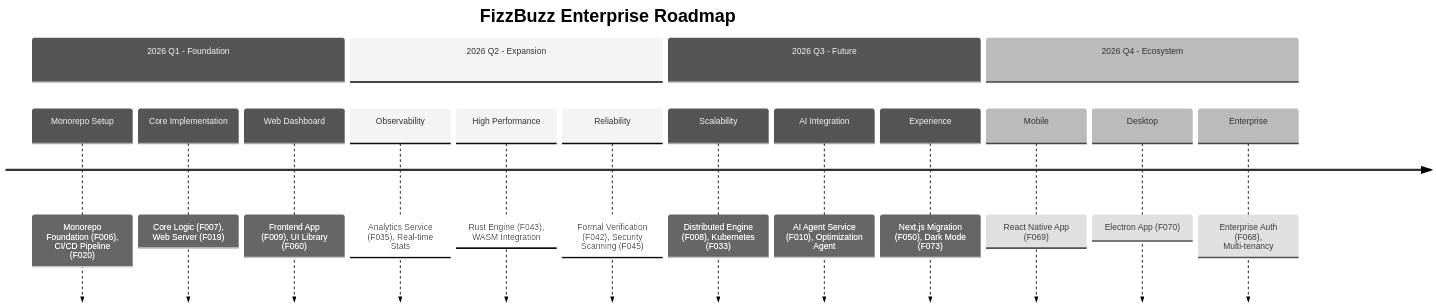
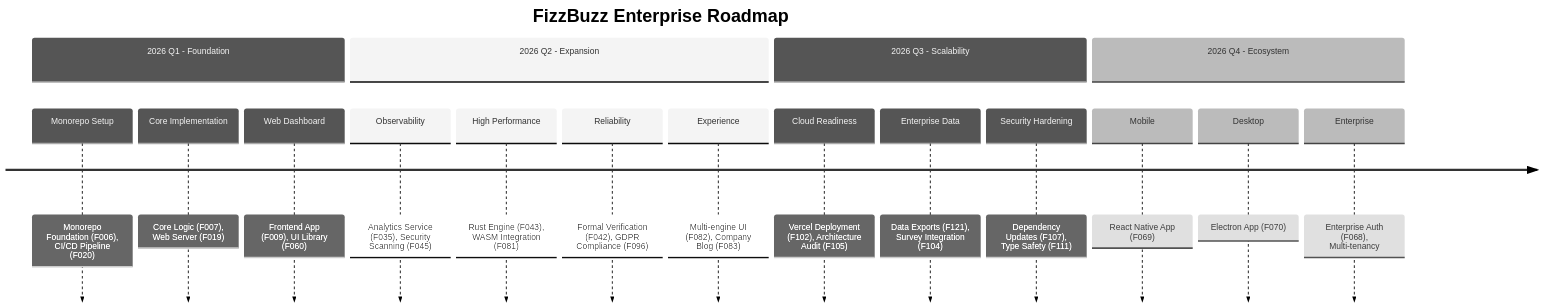
Before and after one commit to CamJohnson26/agent-first-fizzbuzz-scalable: the first of 2 diagrams in README.md, drawn with Mermaid (neutral theme). The commit also changed other lines of this file and 4 other files, not shown here.

Commit message:
docs: update project roadmap, system diagram, and add tech stack details

````diff
--- a/README.md
+++ b/README.md
@@ -30,20 +30,21 @@
 ```mermaid
 timeline
     title FizzBuzz Enterprise Roadmap
     section 2026 Q1 - Foundation
         Monorepo Setup : Monorepo Foundation (F006), CI/CD Pipeline (F020)
         Core Implementation : Core Logic (F007), Web Server (F019)
         Web Dashboard : Frontend App (F009), UI Library (F060)
     section 2026 Q2 - Expansion
-        Observability : Analytics Service (F035), Real-time Stats
-        High Performance : Rust Engine (F043), WASM Integration
-        Reliability : Formal Verification (F042), Security Scanning (F045)
-    section 2026 Q3 - Future
-        Scalability : Distributed Engine (F008), Kubernetes (F033)
-        AI Integration : AI Agent Service (F010), Optimization Agent
-        Experience : Next.js Migration (F050), Dark Mode (F073)
+        Observability : Analytics Service (F035), Security Scanning (F045)
+        High Performance : Rust Engine (F043), WASM Integration (F081)
+        Reliability : Formal Verification (F042), GDPR Compliance (F096)
+        Experience : Multi-engine UI (F082), Company Blog (F083)
+    section 2026 Q3 - Scalability
+        Cloud Readiness : Vercel Deployment (F102), Architecture Audit (F105)
+        Enterprise Data : Data Exports (F121), Survey Integration (F104)
+        Security Hardening : Dependency Updates (F107), Type Safety (F111)
     section 2026 Q4 - Ecosystem
         Mobile : React Native App (F069)
         Desktop : Electron App (F070)
         Enterprise : Enterprise Auth (F068), Multi-tenancy
 ```
````
